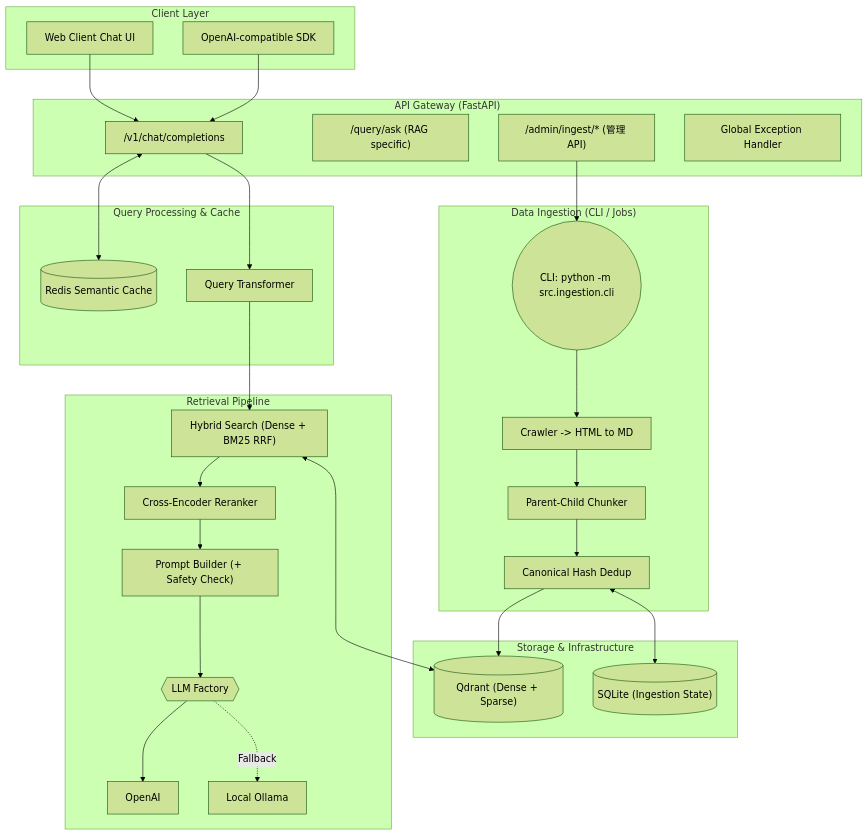
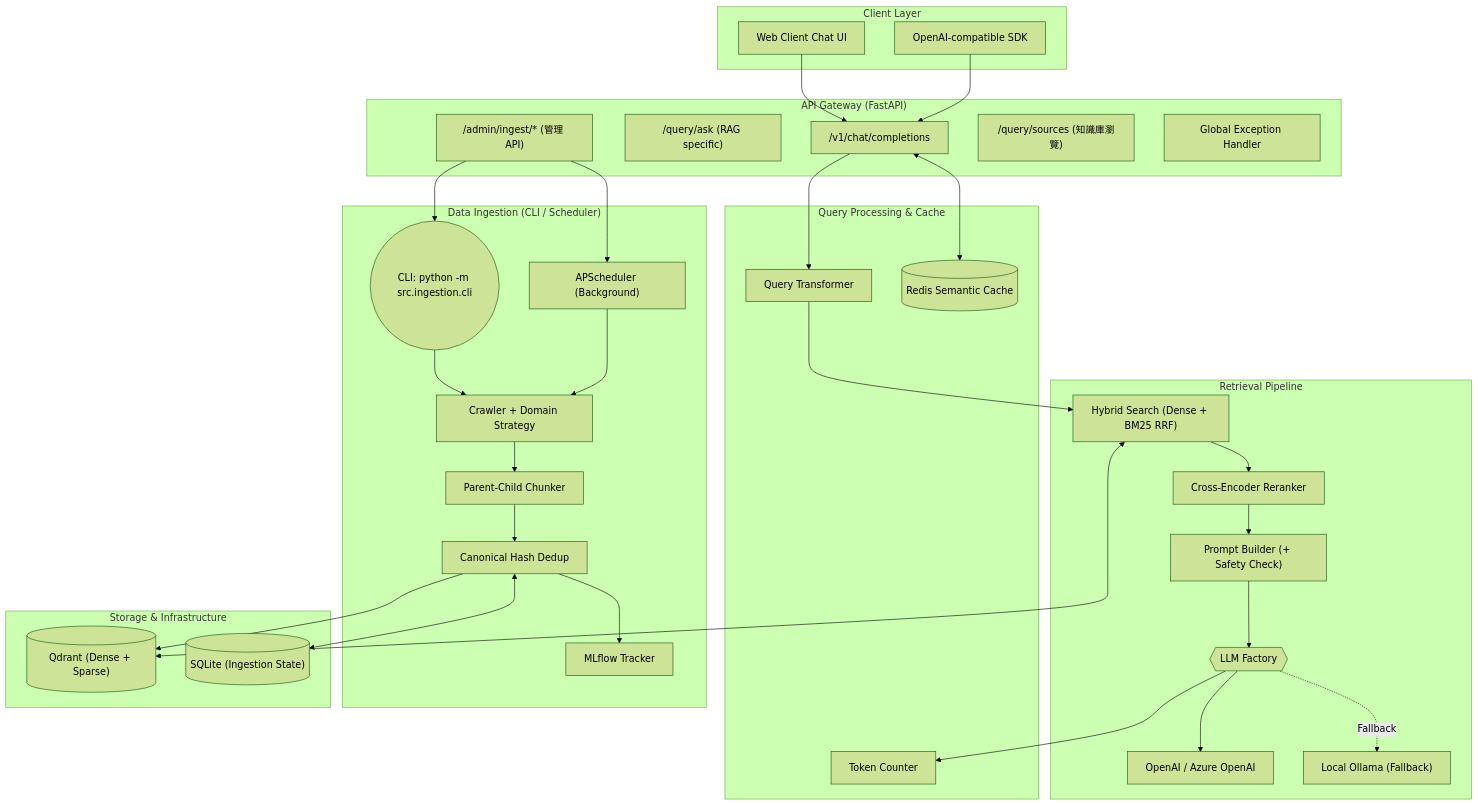
The diagram in README_TC.md (ToooAir/german-visa-rag), drawn with Mermaid (forest theme) before and after one commit. The commit also changed other lines of this file and 3 other files, not shown here.

Commit message:
feat: add Azure OpenAI support, MLflow observability, token counting, and background ingestion scheduling to RAG system

````diff
--- a/README_TC.md
+++ b/README_TC.md
@@ -35,53 +42,61 @@
 ```mermaid
 graph TB
     subgraph "Client Layer"
         A1["Web Client Chat UI"]
         A2["OpenAI-compatible SDK"]
     end
 
     subgraph "API Gateway (FastAPI)"
         B1["/v1/chat/completions"]
         B2["/query/ask (RAG specific)"]
         B3["/admin/ingest/* (管理 API)"]
+        B4["/query/sources (知識庫瀏覽)"]
         EH["Global Exception Handler"]
     end
 
     subgraph "Query Processing & Cache"
         C1["Query Transformer"]
         E2[("Redis Semantic Cache")]
+        TC["Token Counter"]
     end
 
     subgraph "Retrieval Pipeline"
         D1["Hybrid Search (Dense + BM25 RRF)"]
         D2["Cross-Encoder Reranker"]
         D3["Prompt Builder (+ Safety Check)"]
         F1{{"LLM Factory"}}
-        LLM_A["OpenAI"]
-        LLM_B["Local Ollama"]
+        LLM_A["OpenAI / Azure OpenAI"]
+        LLM_B["Local Ollama (Fallback)"]
     end
 
-    subgraph "Data Ingestion (CLI / Jobs)"
+    subgraph "Data Ingestion (CLI / Scheduler)"
         G0(("CLI: python -m src.ingestion.cli"))
-        G1["Crawler -> HTML to MD"]
+        SCHED["APScheduler (Background)"]
+        G1["Crawler + Domain Strategy"]
         G2["Parent-Child Chunker"]
         G3["Canonical Hash Dedup"]
+        MLF["MLflow Tracker"]
     end
 
     subgraph "Storage & Infrastructure"
         E1[("Qdrant (Dense + Sparse)")]
         E3[("SQLite (Ingestion State)")]
     end
 
     A1 --> B1
     A2 --> B1
     B1 <--> E2
     B1 --> C1 --> D1 --> D2 --> D3
     D3 --> F1
     F1 --> LLM_A
     F1 -. Fallback .-> LLM_B
+    F1 --> TC
     D1 <--> E1
     B3 --> G0
+    B3 --> SCHED
 
     G0 --> G1 --> G2 --> G3 --> E1
+    SCHED --> G1
     G3 <--> E3
+    G3 --> MLF
 ```
````
